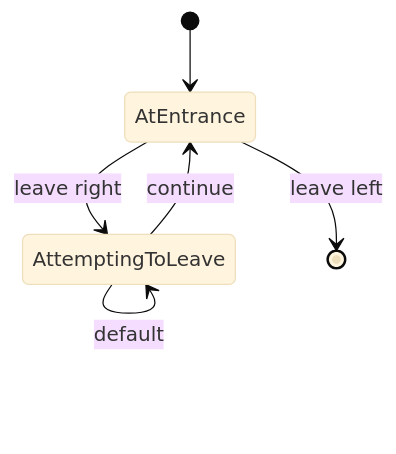
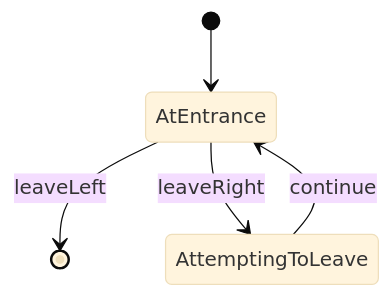
The diagram in docs/rooms/decisionRoom.md (normal-devs/klicker-knight), drawn with Mermaid (base theme) before and after one commit. The commit also changed other lines of this file, not shown here.

````diff
--- a/docs/rooms/decisionRoom.md
+++ b/docs/rooms/decisionRoom.md
@@ -18,10 +29,9 @@
 ```mermaid
 stateDiagram-v2
   [*] --> AtEntrance
 
-  AtEntrance --> AttemptingToLeave: leave right
-  AtEntrance --> [*]: leave left
+  AtEntrance --> [*]: leaveLeft
+  AtEntrance --> AttemptingToLeave: leaveRight
 
-  AttemptingToLeave --> AttemptingToLeave: default
   AttemptingToLeave --> AtEntrance: continue
 ```
````
